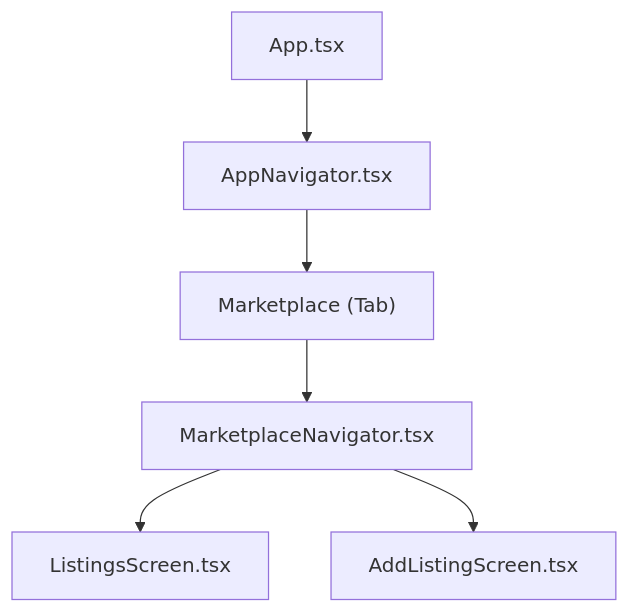
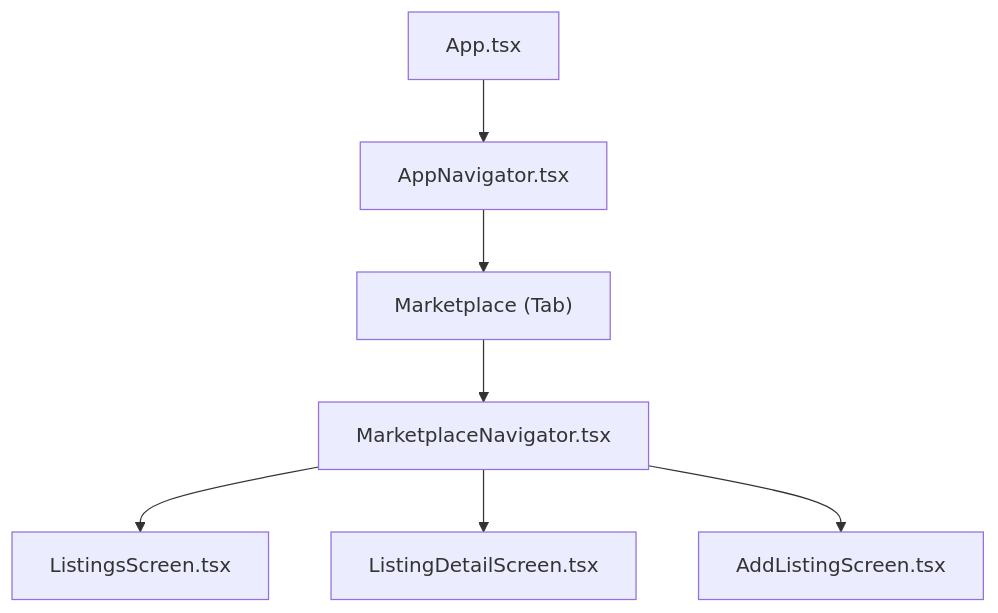
Before and after one commit to Aiman-Naeem/KisaanDost_AI_hackathon_Pakistan: the first of 3 diagrams in .qoder/repowiki/en/content/Marketplace Feature/Add Listing Screen.md, drawn with Mermaid. The commit also changed other lines of this file and 42 other files, not shown here.

Commit message:
Day 2: farmer identity persistence, voice UX polish, listing detail/edit/call, shared design system, QA pass

````diff
--- a/.qoder/repowiki/en/content/Marketplace Feature/Add Listing Screen.md
+++ b/.qoder/repowiki/en/content/Marketplace Feature/Add Listing Screen.md
@@ -34,8 +50,9 @@
 ```mermaid
 graph TB
 App["App.tsx"] --> Nav["AppNavigator.tsx"]
 Nav --> TabMarketplace["Marketplace (Tab)"]
 TabMarketplace --> StackNav["MarketplaceNavigator.tsx"]
 StackNav --> Listings["ListingsScreen.tsx"]
+StackNav --> Detail["ListingDetailScreen.tsx"]
 StackNav --> AddListing["AddListingScreen.tsx"]
 ```
````
